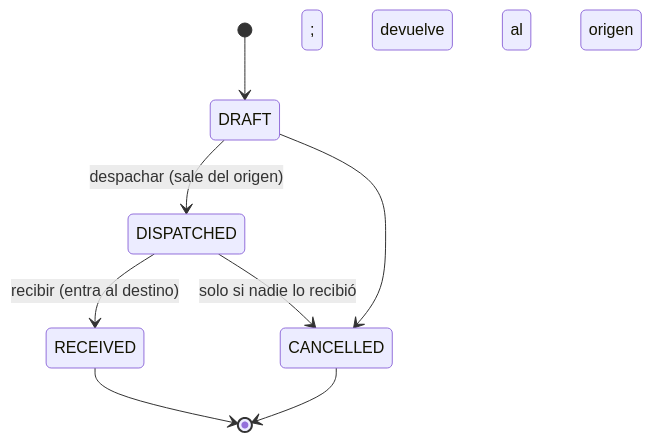
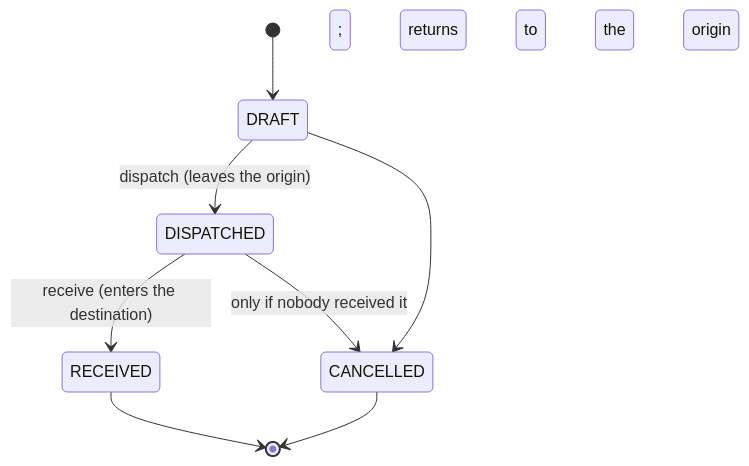
The first of 2 diagrams in docs/flujos/traslados.md (maag070208/AXZY_STOCK_FLOW), drawn with Mermaid before and after one commit. The commit also changed other lines of this file and 89 other files, not shown here.

````diff
--- a/docs/flujos/traslados.md
+++ b/docs/flujos/traslados.md
@@ -21,10 +21,10 @@
 ```mermaid
 stateDiagram-v2
     [*] --> DRAFT
-    DRAFT --> DISPATCHED: despachar (sale del origen)
-    DISPATCHED --> RECEIVED: recibir (entra al destino)
+    DRAFT --> DISPATCHED: dispatch (leaves the origin)
+    DISPATCHED --> RECEIVED: receive (enters the destination)
     DRAFT --> CANCELLED
-    DISPATCHED --> CANCELLED: solo si nadie lo recibió; devuelve al origen
+    DISPATCHED --> CANCELLED: only if nobody received it; returns to the origin
     RECEIVED --> [*]
     CANCELLED --> [*]
 ```
````
